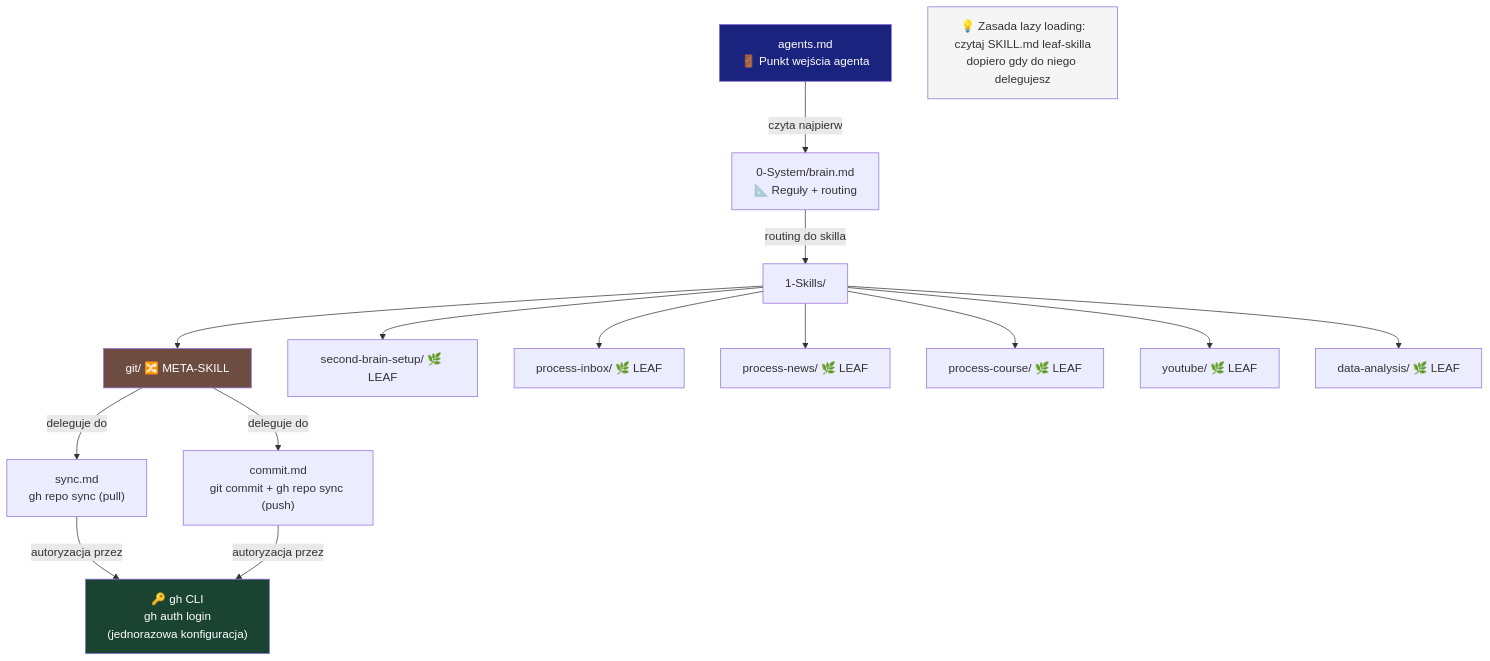
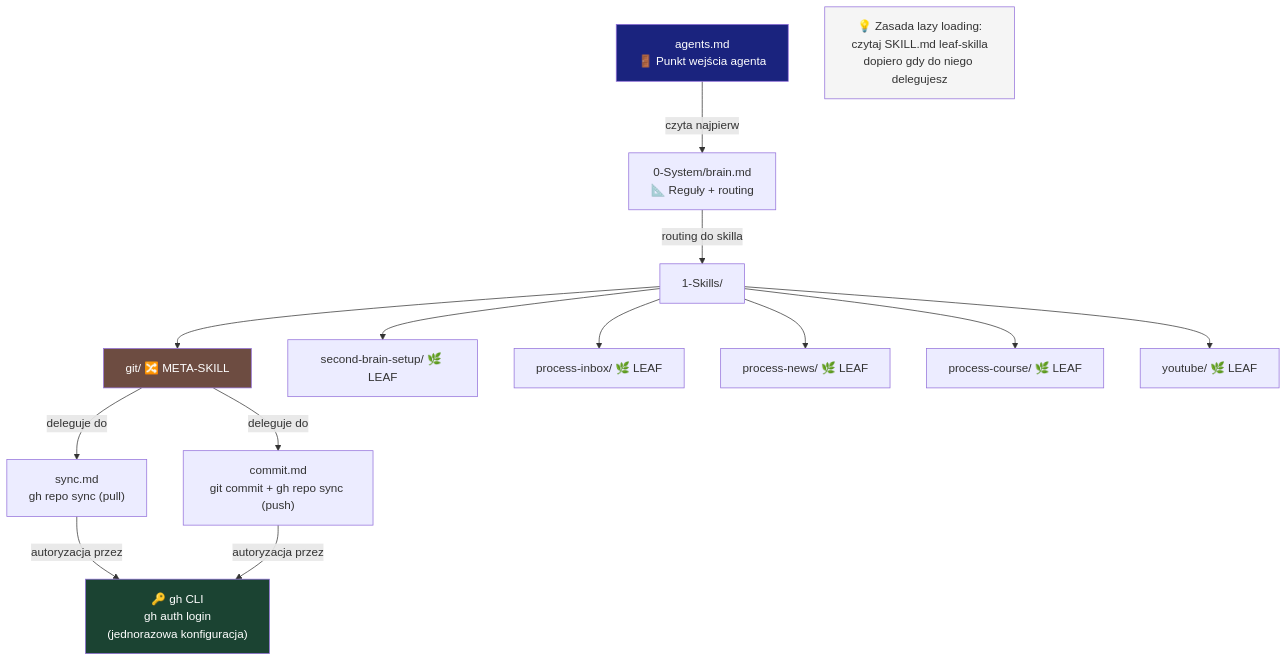
One commit to lukasikgrzegorz/2nd-brain changed the third of 3 diagrams in 0-System/architecture-diagrams.md. Above: the diagram before and after it, drawn with Mermaid. The commit also changed 4 other files, not shown here.

Commit message:
system: usunieto skill data-analysis, aktualizacja architecture-diagrams i agents

````diff
--- a/0-System/architecture-diagrams.md
+++ b/0-System/architecture-diagrams.md
@@ -84,27 +84,26 @@
 ```mermaid
 graph TD
     AgentsMD["agents.md\n🚪 Punkt wejścia agenta"]
     AgentsMD -->|"czyta najpierw"| BrainMD["0-System/brain.md\n📐 Reguły + routing"]
     BrainMD -->|"routing do skilla"| Skills["1-Skills/"]
 
     Skills --> Git["git/ 🔀 META-SKILL"]
     Skills --> Setup["second-brain-setup/ 🌿 LEAF"]
     Skills --> PInbox["process-inbox/ 🌿 LEAF"]
     Skills --> PNews["process-news/ 🌿 LEAF"]
     Skills --> PCourse["process-course/ 🌿 LEAF"]
     Skills --> YT["youtube/ 🌿 LEAF"]
-    Skills --> DA["data-analysis/ 🌿 LEAF"]
 
     Git -->|"deleguje do"| Sync["sync.md\ngh repo sync (pull)"]
     Git -->|"deleguje do"| Commit["commit.md\ngit commit + gh repo sync (push)"]
 
     GhCLI["🔑 gh CLI\ngh auth login\n(jednorazowa konfiguracja)"]
     Sync & Commit -->|"autoryzacja przez"| GhCLI
 
     note1["💡 Zasada lazy loading:\nczytaj SKILL.md leaf-skilla\ndopiero gdy do niego delegujesz"]
 
     style Git fill:#6d4c41,color:#fff
     style AgentsMD fill:#1a237e,color:#fff
     style GhCLI fill:#1b4332,color:#fff
     style note1 fill:#f5f5f5,color:#333
 ```
````
